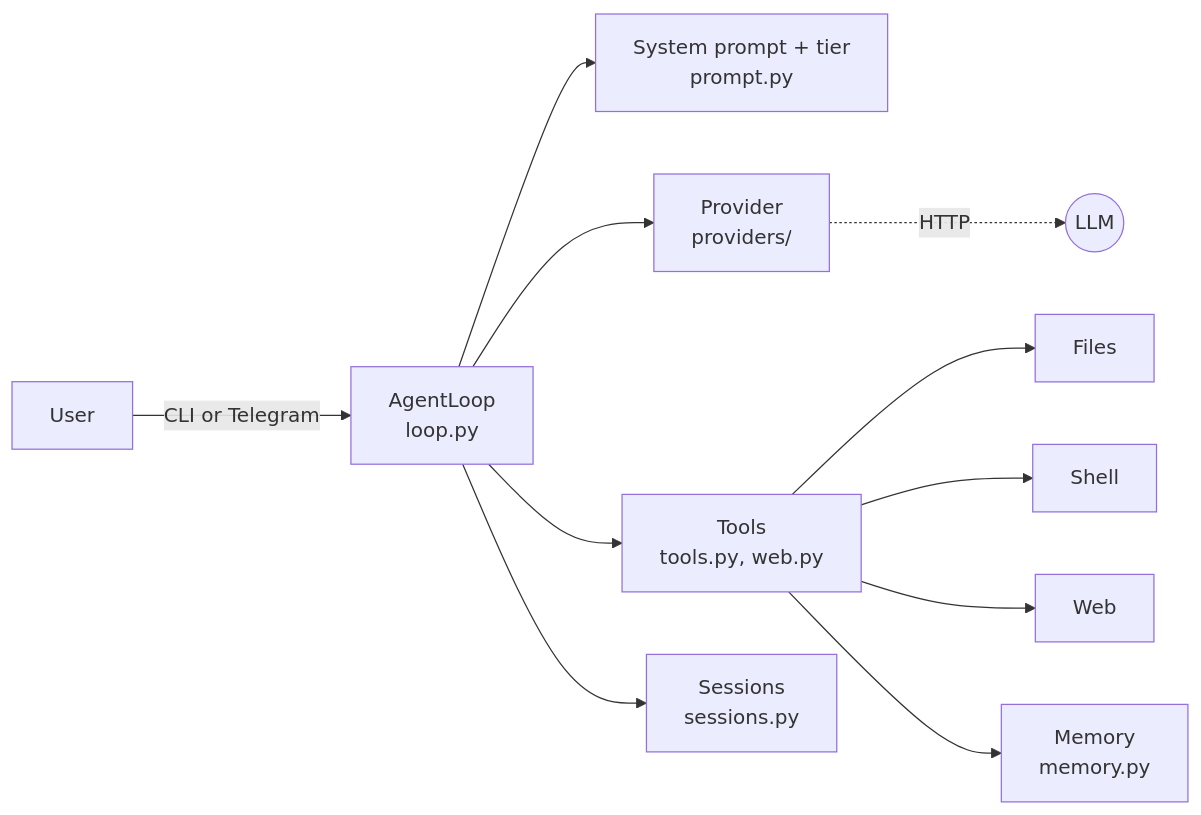
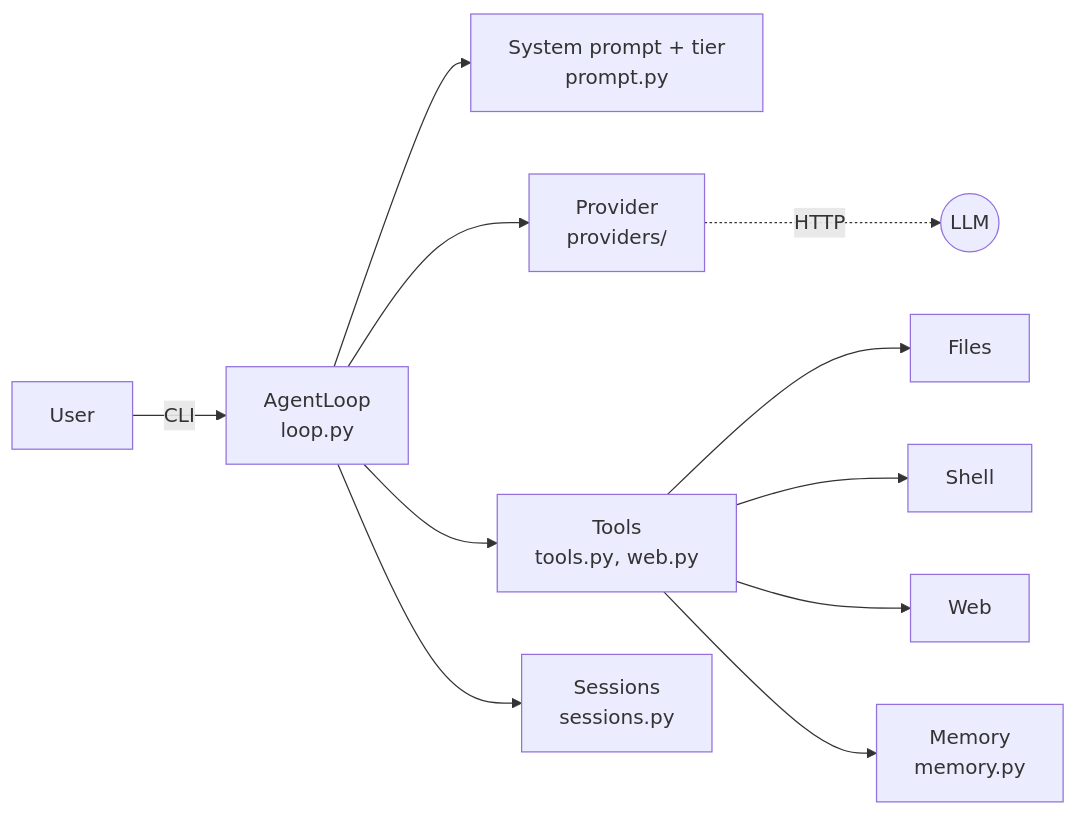
Before and after one commit to mohsinkaleem/agent-mini: the diagram in docs/TECHNICAL_IMPLEMENTATION.md, drawn with Mermaid. The commit also changed other lines of this file and 28 other files, not shown here.

````diff
--- a/docs/TECHNICAL_IMPLEMENTATION.md
+++ b/docs/TECHNICAL_IMPLEMENTATION.md
@@ -11,10 +11,10 @@
 ```mermaid
 flowchart LR
-    U[User] -->|CLI or Telegram| LOOP[AgentLoop<br/>loop.py]
+    U[User] -->|CLI| LOOP[AgentLoop<br/>loop.py]
     LOOP --> PROMPT[System prompt + tier<br/>prompt.py]
     LOOP --> PROV[Provider<br/>providers/]
     LOOP --> TOOLS[Tools<br/>tools.py, web.py]
     TOOLS --> FS[Files] & SH[Shell] & WEB[Web] & MEM[Memory<br/>memory.py]
     LOOP --> SES[Sessions<br/>sessions.py]
     PROV -.HTTP.-> LLM((LLM))
 ```
````
